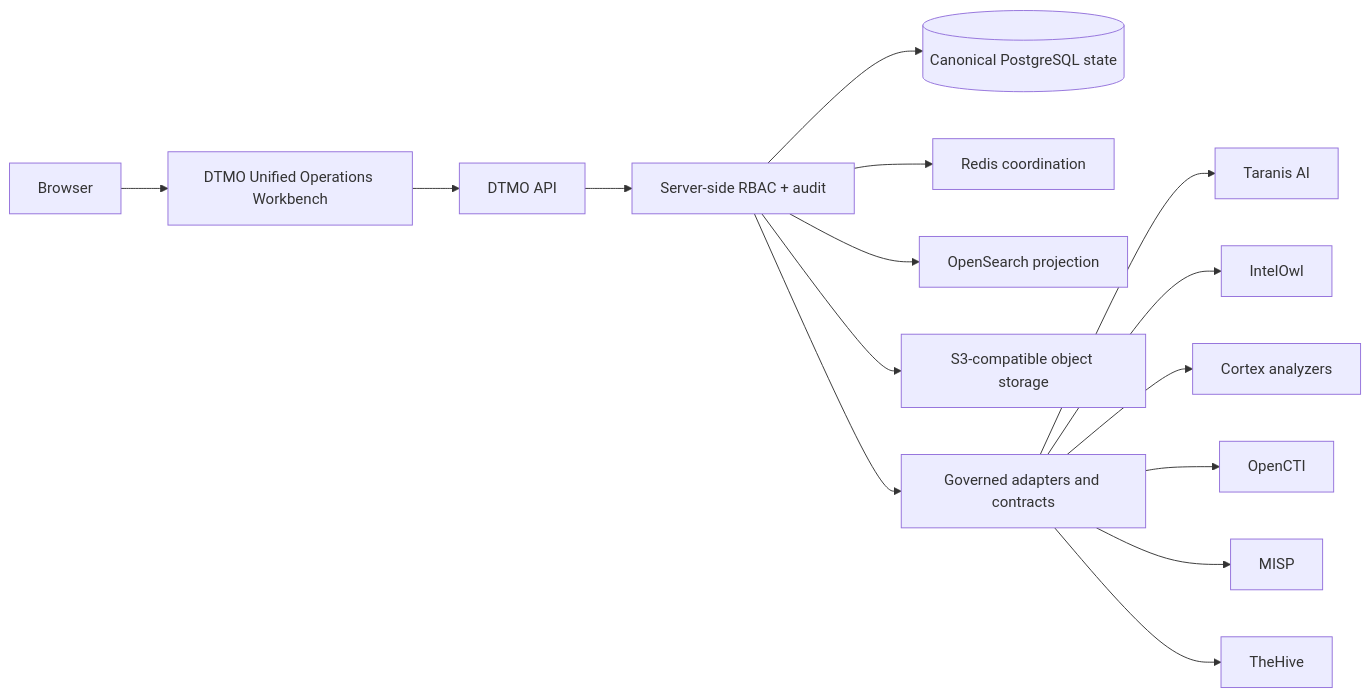
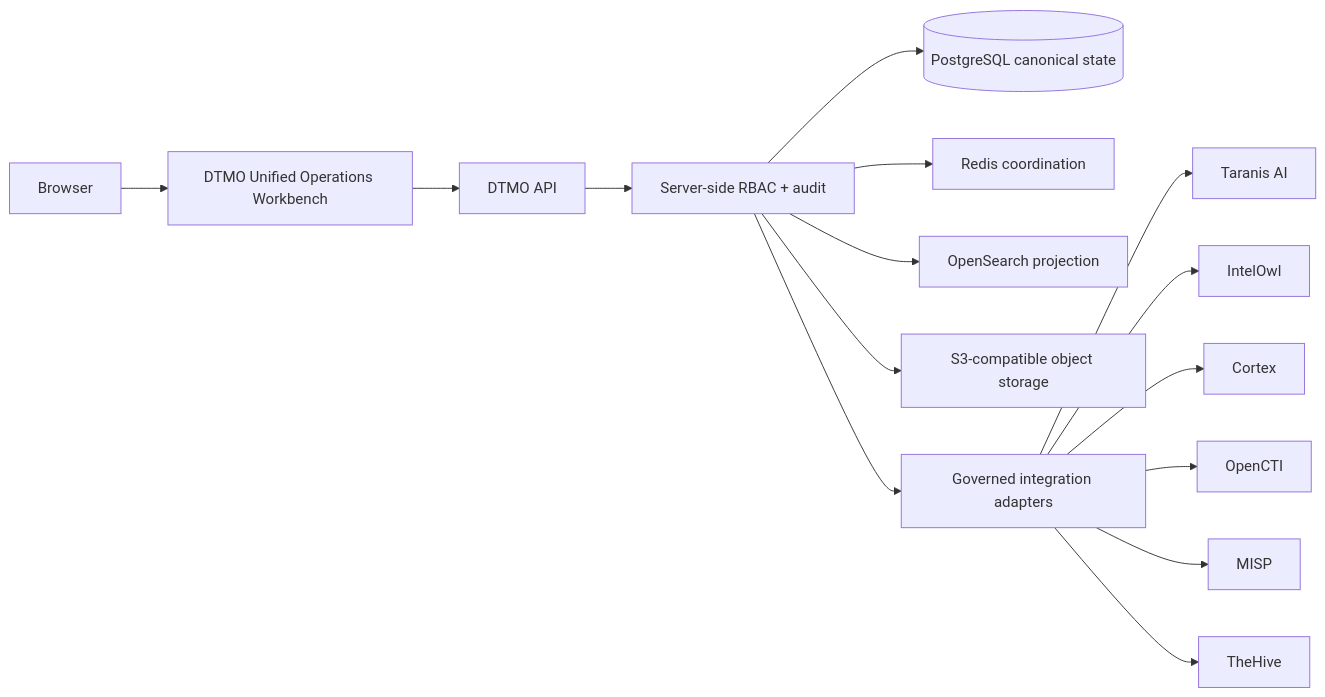
The diagram in README.md (GJvManen/dtmo), drawn with Mermaid before and after one commit. The commit also changed other lines of this file, not shown here.

````diff
--- a/README.md
+++ b/README.md
@@ -50,17 +28,17 @@
 ```mermaid
 flowchart LR
     B[Browser] --> W[DTMO Unified Operations Workbench]
     W --> A[DTMO API]
     A --> R[Server-side RBAC + audit]
-    R --> D[(Canonical PostgreSQL state)]
+    R --> D[(PostgreSQL canonical state)]
     R --> Q[Redis coordination]
     R --> O[OpenSearch projection]
-    R --> S3[S3-compatible object storage]
-    R --> G[Governed adapters and contracts]
+    R --> S[S3-compatible object storage]
+    R --> G[Governed integration adapters]
     G --> T[Taranis AI]
     G --> I[IntelOwl]
-    G --> C[Cortex analyzers]
+    G --> C[Cortex]
     G --> OI[OpenCTI]
     G --> M[MISP]
     G --> H[TheHive]
 ```
````
